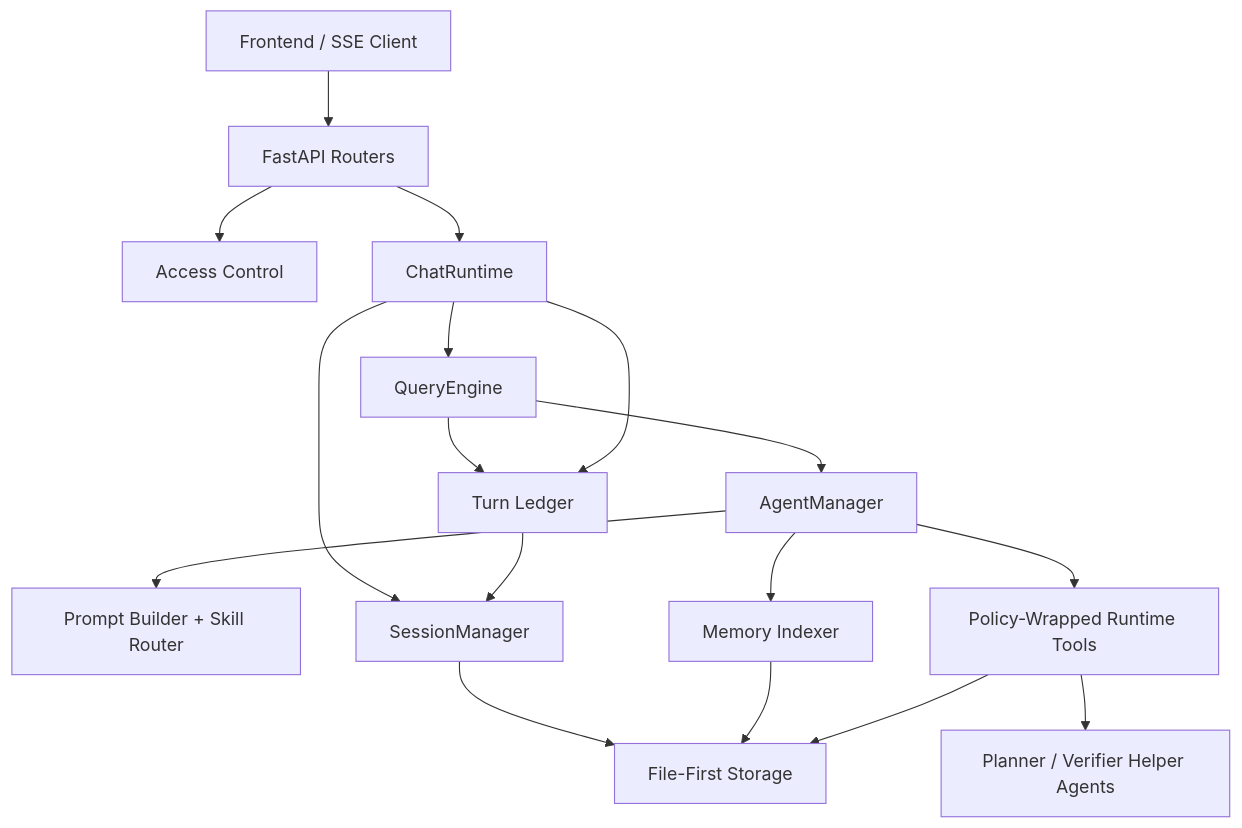
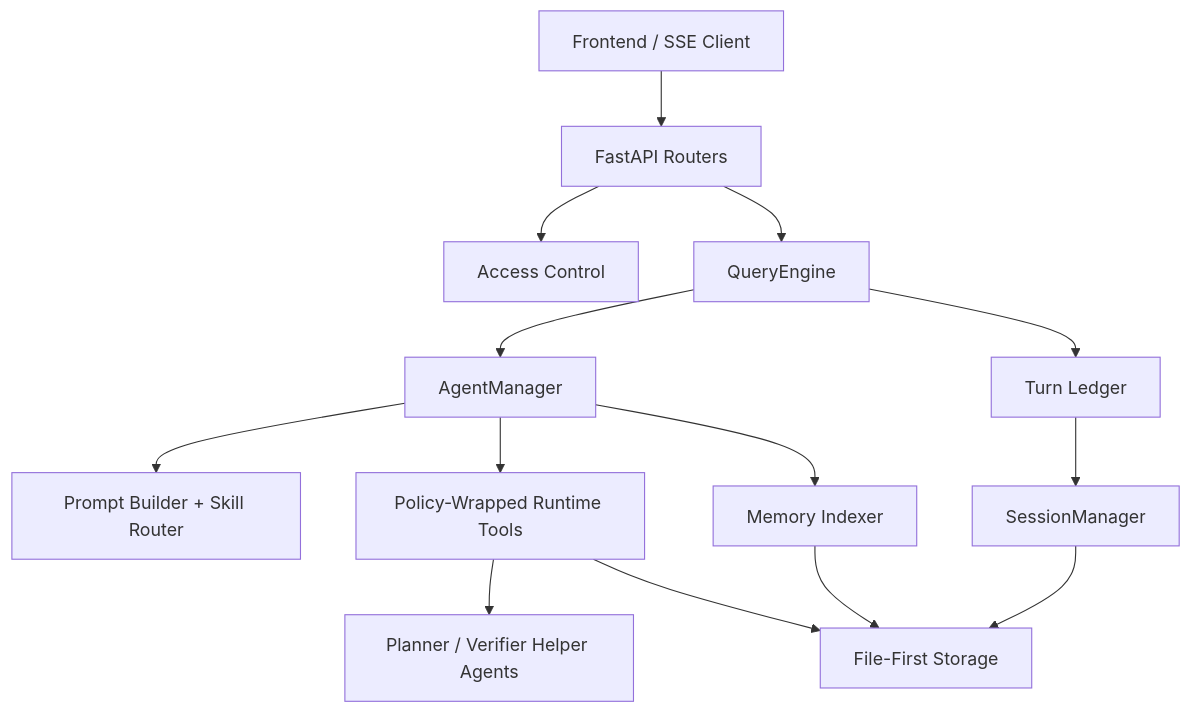
One commit to Azealoo/miniAgent changed the diagram in backend/docs/backend-architecture-design.md. Above: the diagram before and after it, drawn with Mermaid. The commit also changed other lines of this file and 4 other files, not shown here.

Commit message:
auto: issue #20 Move remaining orchestration out of backend/api/chat.py into QueryEngine/TurnLedger

````diff
--- a/backend/docs/backend-architecture-design.md
+++ b/backend/docs/backend-architecture-design.md
@@ -51,33 +51,29 @@
 ```mermaid
 flowchart TD
     UI[Frontend / SSE Client]
     API[FastAPI Routers]
     ACCESS[Access Control]
-    CHATRT[ChatRuntime]
     QUERY[QueryEngine]
     AGENT[AgentManager]
     PROMPT[Prompt Builder + Skill Router]
     MEMORY[Memory Indexer]
     TOOLS[Policy-Wrapped Runtime Tools]
     HELPER[Planner / Verifier Helper Agents]
     LEDGER[Turn Ledger]
     SESSIONS[SessionManager]
     FILES[File-First Storage]
 
     UI --> API
     API --> ACCESS
-    API --> CHATRT
-    CHATRT --> SESSIONS
-    CHATRT --> QUERY
+    API --> QUERY
     QUERY --> AGENT
     AGENT --> PROMPT
     AGENT --> MEMORY
     AGENT --> TOOLS
     TOOLS --> HELPER
     QUERY --> LEDGER
-    CHATRT --> LEDGER
     LEDGER --> SESSIONS
     SESSIONS --> FILES
     MEMORY --> FILES
     TOOLS --> FILES
 ```
````
